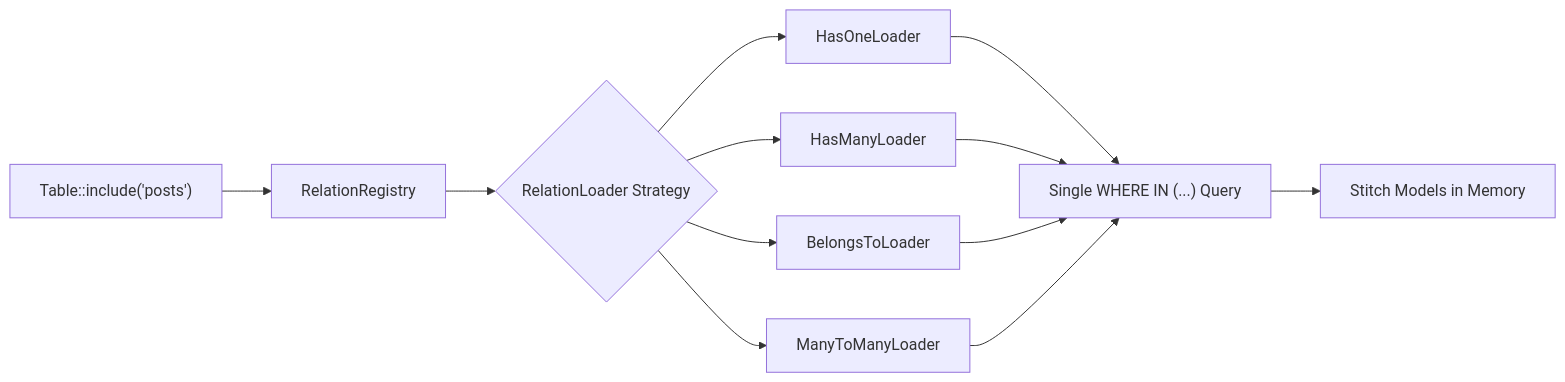
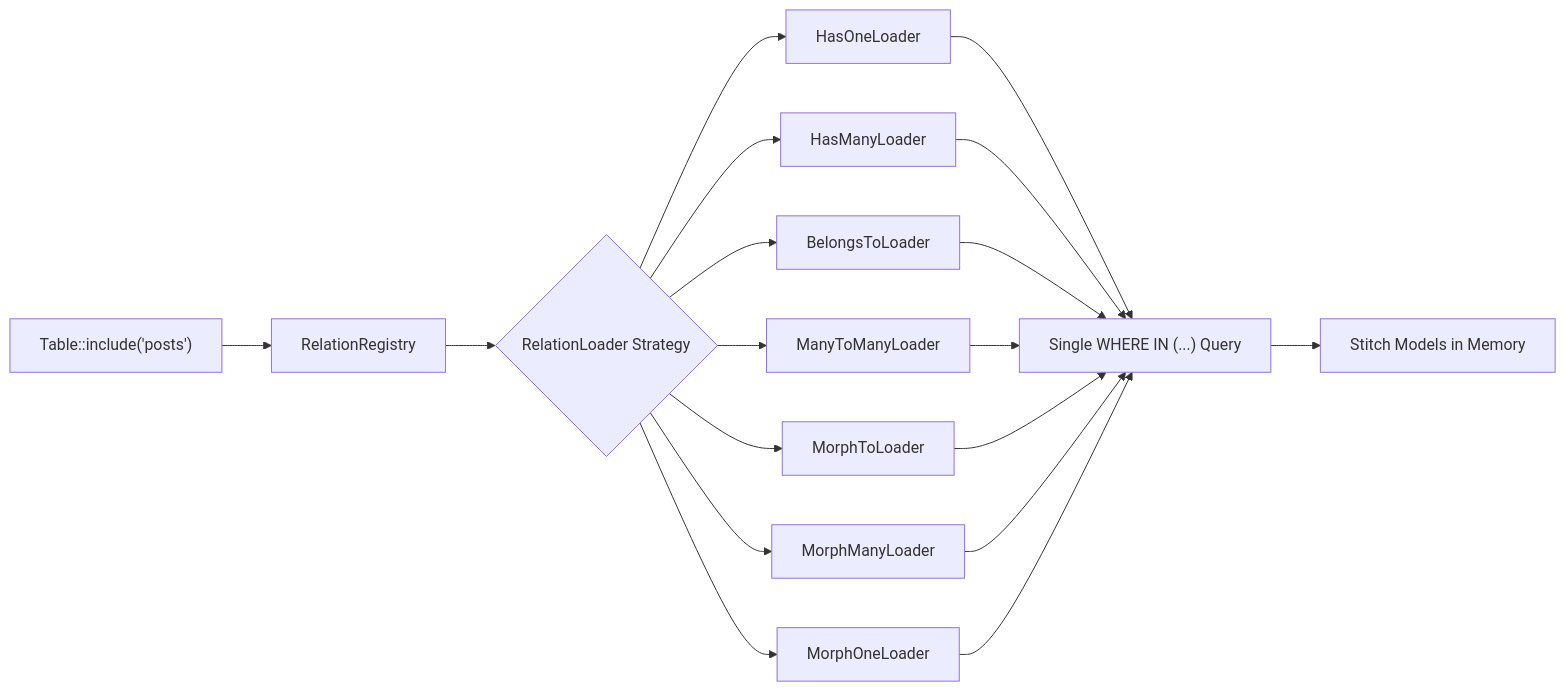
One commit to YasserElgammal/green-core changed the fifth of 7 diagrams in docs/architecture.md. Above: the diagram before and after it, drawn with Mermaid. The commit also changed other lines of this file and 12 other files, not shown here.

````diff
--- a/docs/architecture.md
+++ b/docs/architecture.md
@@ -648,11 +648,14 @@
 ```mermaid
 graph LR
     T["Table::include('posts')"] --> RR["RelationRegistry"]
     RR --> RL{"RelationLoader Strategy"}
     RL --> H1["HasOneLoader"]
     RL --> HM["HasManyLoader"]
     RL --> BT["BelongsToLoader"]
     RL --> MM["ManyToManyLoader"]
-    H1 & HM & BT & MM --> SQL["Single WHERE IN (...) Query"]
+    RL --> MT["MorphToLoader"]
+    RL --> MMy["MorphManyLoader"]
+    RL --> MO["MorphOneLoader"]
+    H1 & HM & BT & MM & MT & MMy & MO --> SQL["Single WHERE IN (...) Query"]
     SQL --> Stitch["Stitch Models in Memory"]
 ```
````
